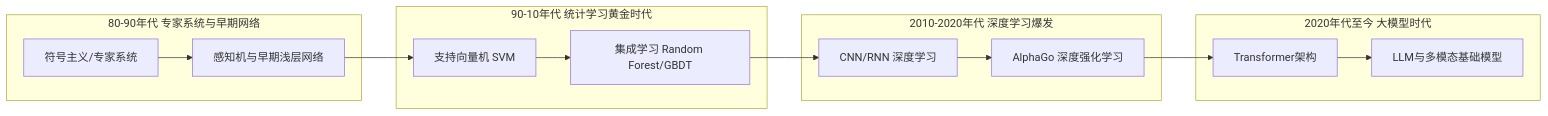
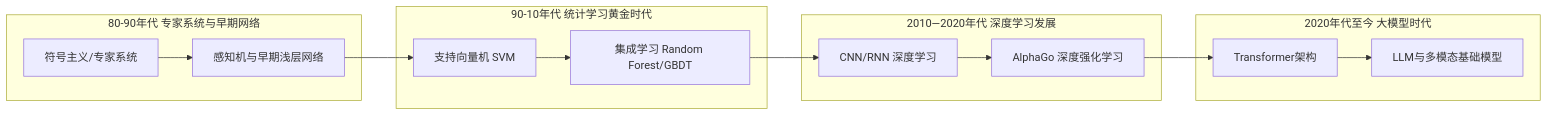
One commit to TingdeLiu/tingdeliu.github.io changed the diagram in _posts/research/2026-04-03-Machine-Learning-Survey.md. Above: the diagram before and after it, drawn with Mermaid. The commit also changed other lines of this file, not shown here.

````diff
--- a/_posts/research/2026-04-03-Machine-Learning-Survey.md
+++ b/_posts/research/2026-04-03-Machine-Learning-Survey.md
@@ -129,27 +131,27 @@
 ```mermaid
 graph LR
     A["符号主义/专家系统"] --> B["感知机与早期浅层网络"]
     B --> C["支持向量机 SVM"]
     C --> D["集成学习 Random Forest/GBDT"]
     D --> E["CNN/RNN 深度学习"]
     E --> F["AlphaGo 深度强化学习"]
     F --> G["Transformer架构"]
     G --> H["LLM与多模态基础模型"]
 
     subgraph era1 ["80-90年代 专家系统与早期网络"]
         A
         B
     end
     subgraph era2 ["90-10年代 统计学习黄金时代"]
         C
         D
     end
-    subgraph era3 ["2010-2020年代 深度学习爆发"]
+    subgraph era3 ["2010—2020年代 深度学习发展"]
         E
         F
     end
     subgraph era4 ["2020年代至今 大模型时代"]
         G
         H
     end
 ```
````
